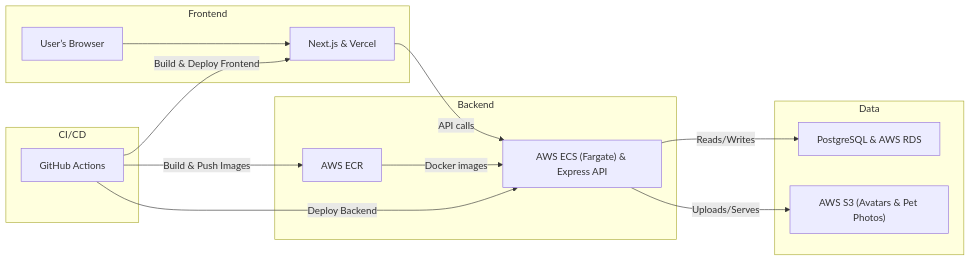
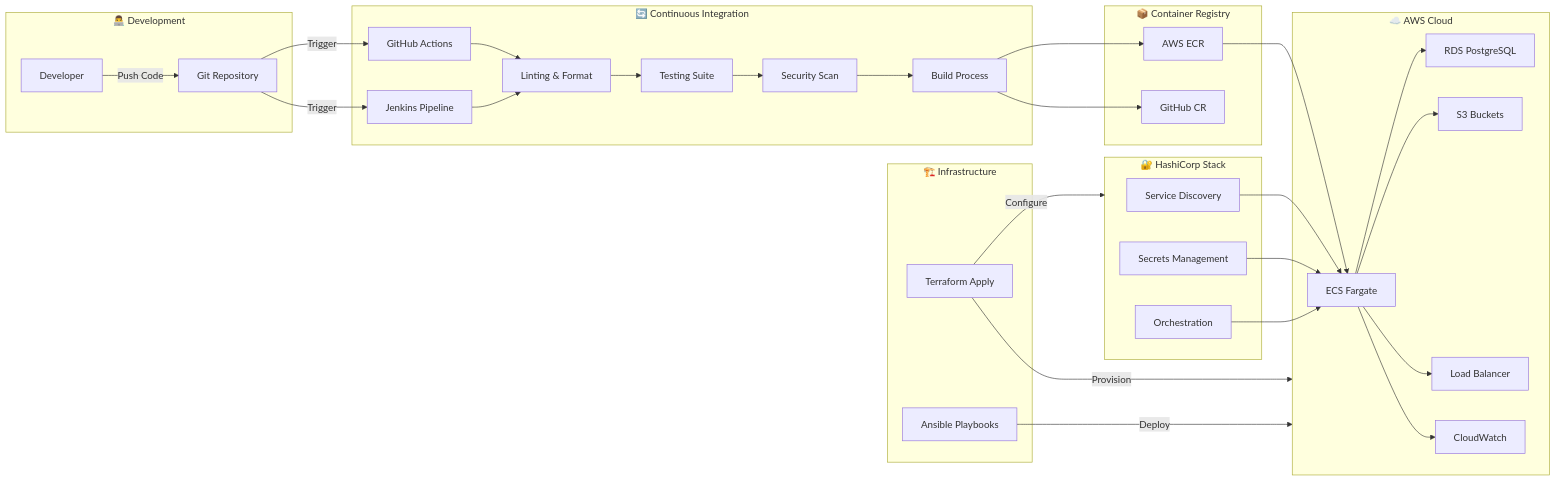
The second of 4 diagrams in README.md (hoangsonww/PetSwipe-Match-App), drawn with Mermaid before and after one commit. The commit also changed other lines of this file and 6 other files, not shown here.

Commit message:
feat(terraform): enhance infrastructure configuration and documentation

````diff
--- a/README.md
+++ b/README.md
@@ -139,31 +241,66 @@
 ```mermaid
 flowchart LR
-  subgraph CI/CD
-    GH["GitHub Actions"]
-  end
+    subgraph Development["👨‍💻 Development"]
+        Dev["Developer"]
+        Git["Git Repository"]
+    end
 
-  subgraph Frontend
-    Browser["User’s Browser"]
-    Next["Next.js & Vercel"]
-  end
+    subgraph CI["🔄 Continuous Integration"]
+        GHA["GitHub Actions"]
+        Jenkins["Jenkins Pipeline"]
+        Lint["Linting & Format"]
+        Test["Testing Suite"]
+        Build["Build Process"]
+        Security["Security Scan"]
+    end
 
-  subgraph Backend
-    ECR["AWS ECR"]
-    ECS["AWS ECS (Fargate) & Express API"]
-  end
+    subgraph Registry["📦 Container Registry"]
+        ECR["AWS ECR"]
+        GHCR["GitHub CR"]
+    end
 
-  subgraph Data
-    RDS["PostgreSQL & AWS RDS"]
-    S3["AWS S3 (Avatars & Pet Photos)"]
-  end
+    subgraph IaC["🏗️ Infrastructure"]
+        TF["Terraform Apply"]
+        Ansible["Ansible Playbooks"]
+    end
 
-  Browser --> Next
-  Next -->|API calls| ECS
-  ECS -->|Reads/Writes| RDS
-  ECS -->|Uploads/Serves| S3
-  ECR -->|Docker images| ECS
+    subgraph AWS["☁️ AWS Cloud"]
+        ECS["ECS Fargate"]
+        RDS["RDS PostgreSQL"]
+        S3["S3 Buckets"]
+        ALB["Load Balancer"]
+        CW["CloudWatch"]
+    end
 
-  GH -->|Build & Deploy Frontend| Next
-  GH -->|Build & Push Images| ECR
-  GH -->|Deploy Backend| ECS
+    subgraph HashiStack["🔐 HashiCorp Stack"]
+        Consul["Service Discovery"]
+        Vault["Secrets Management"]
+        Nomad["Orchestration"]
+    end
+
+    Dev -->|Push Code| Git
+    Git -->|Trigger| GHA
+    Git -->|Trigger| Jenkins
+    GHA --> Lint
+    Lint --> Test
+    Test --> Security
+    Security --> Build
+    Build --> ECR
+    Build --> GHCR
+
+    Jenkins --> Lint
+
+    ECR --> ECS
+    TF -->|Provision| AWS
+    TF -->|Configure| HashiStack
+    Ansible -->|Deploy| AWS
+
+    Consul --> ECS
+    Vault --> ECS
+    Nomad --> ECS
+
+    ECS --> ALB
+    ECS --> RDS
+    ECS --> S3
+    ECS --> CW
 ```
````
